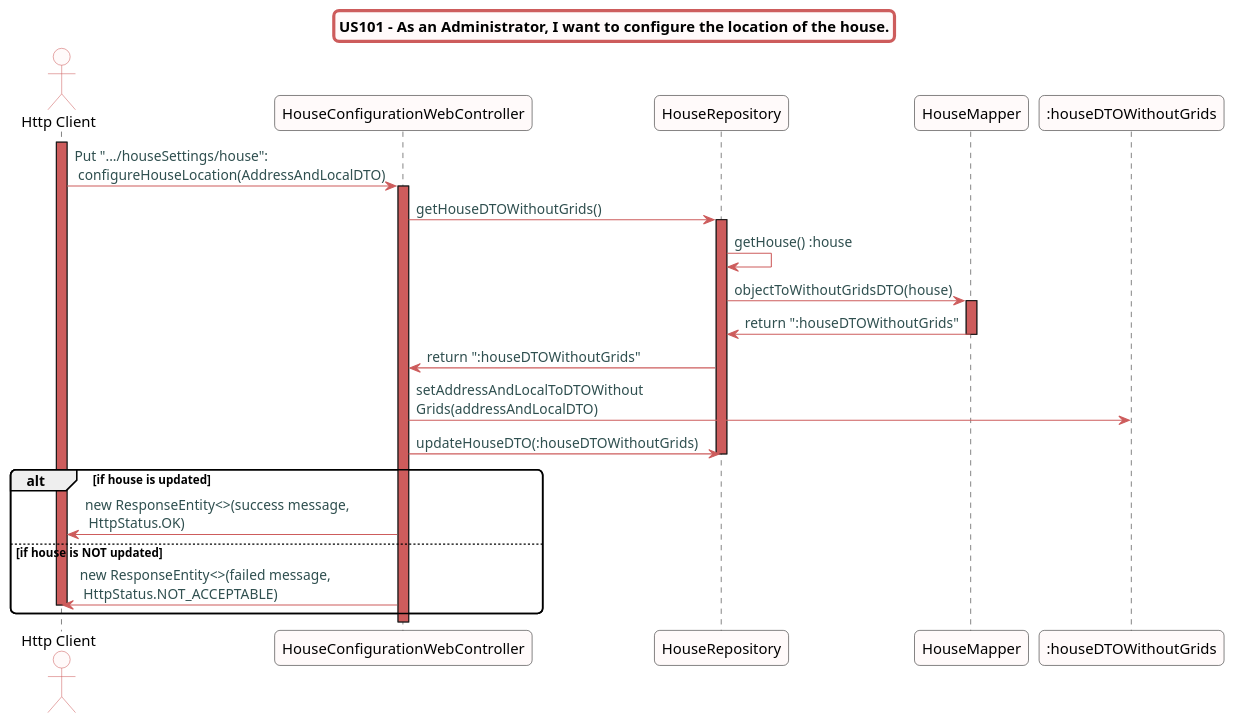
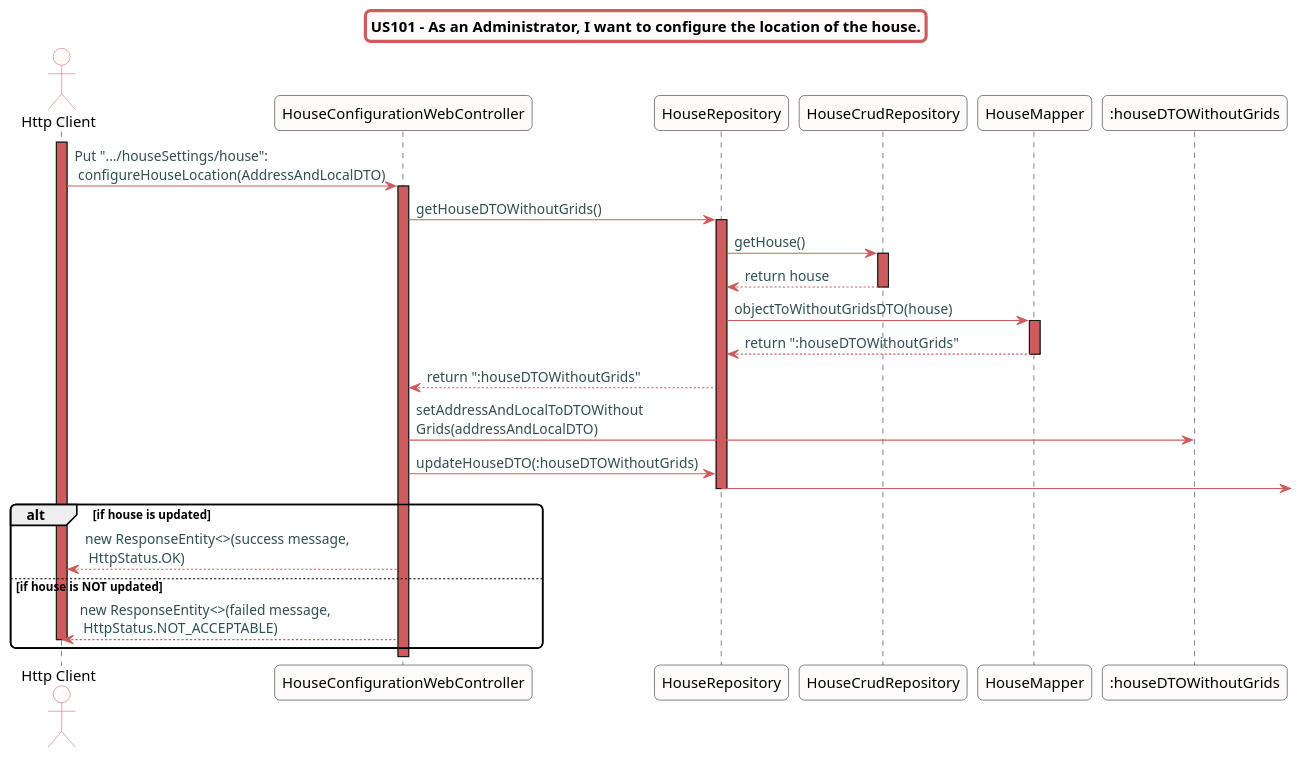
The diagram in src/doc/WEB_Controllers/HouseConfiguration/US101/US101_sd_HouseConfiguration.puml (Almadanmp/project), drawn with PlantUML before and after one commit. The commit also changed 7 other files, not shown here.

Commit message:
REF #364 #361 - updated diagrams for both USs. adds testes to GASettingsController

```diff
--- a/src/doc/WEB_Controllers/HouseConfiguration/US101/US101_sd_HouseConfiguration.puml
+++ b/src/doc/WEB_Controllers/HouseConfiguration/US101/US101_sd_HouseConfiguration.puml
@@ -1,51 +1,57 @@
 @startuml
+
 skinparam titleBorderRoundCorner 10
 skinparam titleBorderThickness 3
 skinparam titleBorderColor indianred
 skinparam titleBackgroundColor snow
 skinparam FontName quicksand
 
 skinparam actor {
- 	BorderColor indianred
- 	backgroundColor Snow
- 	}
+  BorderColor indianred
+  backgroundColor Snow
+  }
 
- skinparam sequence {
- 	LifeLineBackgroundColor indianred
- 	ParticipantBackgroundColor snow
+skinparam sequence {
+  LifeLineBackgroundColor indianred
+  ParticipantBackgroundColor snow
 }
 
- skinparam roundcorner 10
+skinparam roundcorner 10
 
- skinparam component {
-   arrowThickness 1
-   ArrowFontName Verdana
-   ArrowColor indianred
-   ArrowFontColor darkslategrey
- }
+skinparam component {
+  arrowThickness 1
+  ArrowFontName Verdana
+  ArrowColor indianred
+  ArrowFontColor darkslategrey
+}
+
 title US101 - As an Administrator, I want to configure the location of the house.
 
 actor "Http Client"
 activate "Http Client"
 "Http Client" -> "HouseConfigurationWebController":  Put ".../houseSettings/house":\n configureHouseLocation(AddressAndLocalDTO)
 activate "HouseConfigurationWebController"
 "HouseConfigurationWebController" -> "HouseRepository": getHouseDTOWithoutGrids()
 activate "HouseRepository"
-"HouseRepository" -> "HouseRepository": getHouse() :house
+"HouseRepository" -> "HouseCrudRepository": getHouse()
+activate "HouseCrudRepository"
+"HouseCrudRepository" --> "HouseRepository": return house
+deactivate "HouseCrudRepository"
 "HouseRepository" -> "HouseMapper": objectToWithoutGridsDTO(house)
 activate "HouseMapper"
-"HouseMapper" -> "HouseRepository": return ":houseDTOWithoutGrids"
+"HouseMapper" --> "HouseRepository": return ":houseDTOWithoutGrids"
 deactivate "HouseMapper"
-"HouseRepository" -> "HouseConfigurationWebController": return ":houseDTOWithoutGrids"
+"HouseRepository" --> "HouseConfigurationWebController": return ":houseDTOWithoutGrids"
 "HouseConfigurationWebController" -> ":houseDTOWithoutGrids":setAddressAndLocalToDTOWithout\nGrids(addressAndLocalDTO)
 "HouseConfigurationWebController" -> "HouseRepository": updateHouseDTO(:houseDTOWithoutGrids)
+"HouseRepository" ->
 deactivate "HouseRepository"
 alt if house is updated
-"HouseConfigurationWebController" -> "Http Client": new ResponseEntity<>(success message,\n HttpStatus.OK)
+"HouseConfigurationWebController" --> "Http Client": new ResponseEntity<>(success message,\n HttpStatus.OK)
 else if house is NOT updated
-"HouseConfigurationWebController" -> "Http Client": new ResponseEntity<>(failed message,\n HttpStatus.NOT_ACCEPTABLE)
+"HouseConfigurationWebController" --> "Http Client": new ResponseEntity<>(failed message,\n HttpStatus.NOT_ACCEPTABLE)
 
 deactivate "Http Client"
 end
 
 @enduml
```
